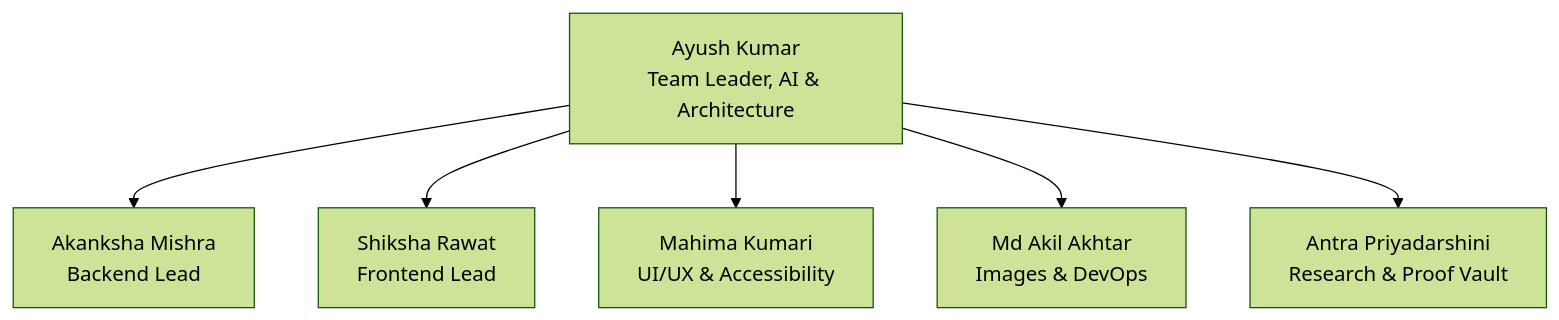
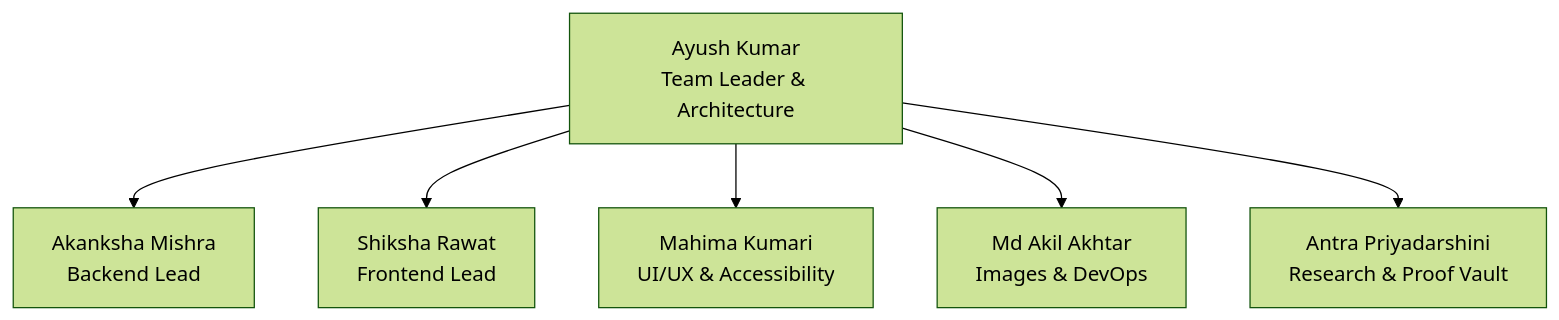
Before and after one commit to mahik2007/BrandProof-AI: the fifth of 5 diagrams in README.md, drawn with Mermaid (forest theme). The commit also changed other lines of this file and 2 other files, not shown here.

````diff
--- a/README.md
+++ b/README.md
@@ -130,15 +127,15 @@
 ```mermaid
 graph TD
-    Leader["Ayush Kumar\nTeam Leader, AI & Architecture"]
+    Leader["Ayush Kumar\nTeam Leader & Architecture"]
     Backend["Akanksha Mishra\nBackend Lead"]
     Frontend["Shiksha Rawat\nFrontend Lead"]
     Design["Mahima Kumari\nUI/UX & Accessibility"]
     DevOps["Md Akil Akhtar\nImages & DevOps"]
     QA["Antra Priyadarshini\nResearch & Proof Vault"]
 
     Leader --> Backend
     Leader --> Frontend
     Leader --> Design
     Leader --> DevOps
     Leader --> QA
 ```
````
